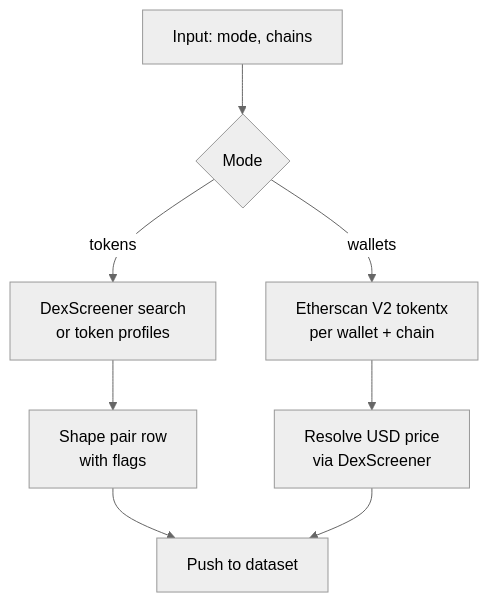
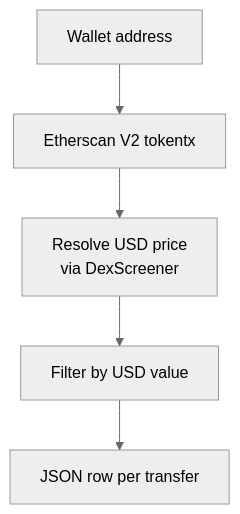
The third of 3 diagrams in actors/crypto-whale-token-launch-tracker/README.md (Ken-Mutisya/scrapemint), drawn with Mermaid (neutral theme) before and after one commit. The commit also changed other lines of this file, not shown here.

First line of the commit message:
Tighten crypto whale tracker README for organic search

````diff
--- a/actors/crypto-whale-token-launch-tracker/README.md
+++ b/actors/crypto-whale-token-launch-tracker/README.md
@@ -40,10 +123,7 @@
 ```mermaid
 flowchart TD
-    A[Input: mode, chains] --> B{Mode}
-    B -->|tokens| C[DexScreener search<br/>or token profiles]
-    B -->|wallets| D[Etherscan V2 tokentx<br/>per wallet + chain]
-    C --> E[Shape pair row<br/>with flags]
-    D --> F[Resolve USD price<br/>via DexScreener]
-    E --> G[Push to dataset]
-    F --> G
+    A[Wallet address] --> B[Etherscan V2 tokentx]
+    B --> C[Resolve USD price<br/>via DexScreener]
+    C --> D[Filter by USD value]
+    D --> E[JSON row per transfer]
 ```
````
